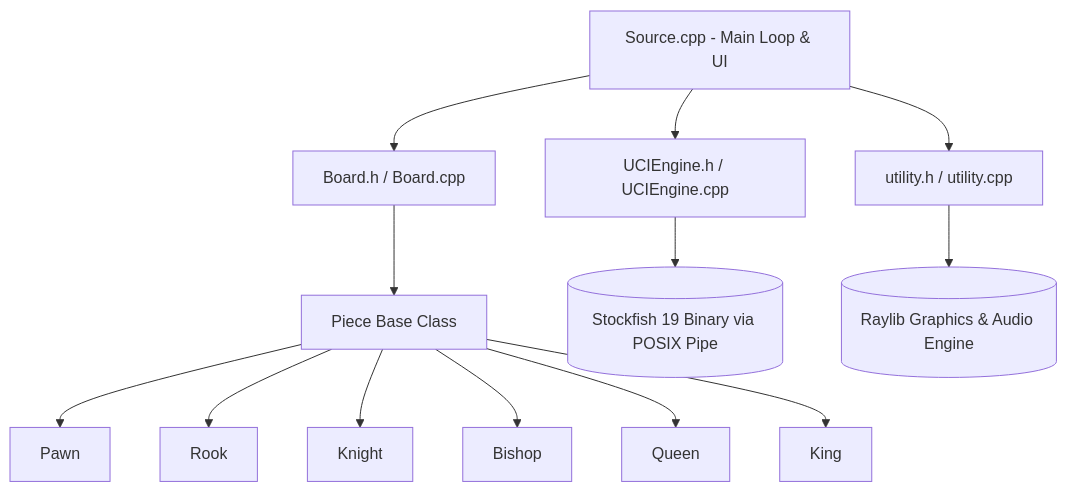
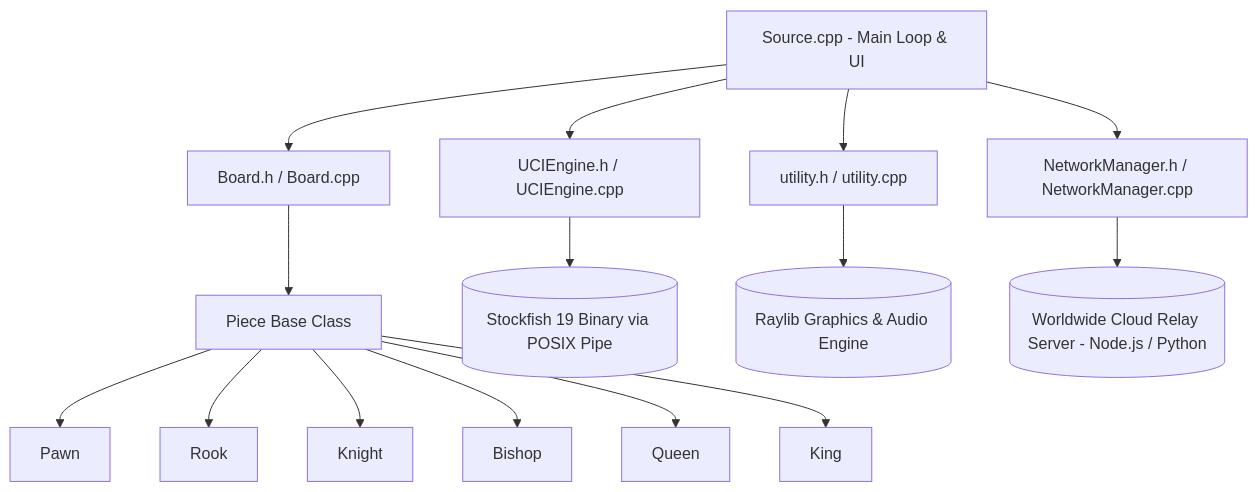
Before and after one commit to krishna247-hash/Chess-Engine: the diagram in README.md, drawn with Mermaid. The commit also changed other lines of this file and 11 other files, not shown here.

Commit message:
Add worldwide online multiplayer with 5-letter room codes and cloud server

````diff
--- a/README.md
+++ b/README.md
@@ -76,17 +90,19 @@
 ```mermaid
 graph TD
     Main[Source.cpp - Main Loop & UI] --> Board[Board.h / Board.cpp]
     Main --> UCIEngine[UCIEngine.h / UCIEngine.cpp]
     Main --> Utility[utility.h / utility.cpp]
+    Main --> Network[NetworkManager.h / NetworkManager.cpp]
     
     Board --> Piece[Piece Base Class]
     Piece --> Pawn[Pawn]
     Piece --> Rook[Rook]
     Piece --> Knight[Knight]
     Piece --> Bishop[Bishop]
     Piece --> Queen[Queen]
     Piece --> King[King]
     
     UCIEngine --> Stockfish[(Stockfish 19 Binary via POSIX Pipe)]
     Utility --> Raylib[(Raylib Graphics & Audio Engine)]
+    Network --> CloudServer[(Worldwide Cloud Relay Server - Node.js / Python)]
 ```
````
